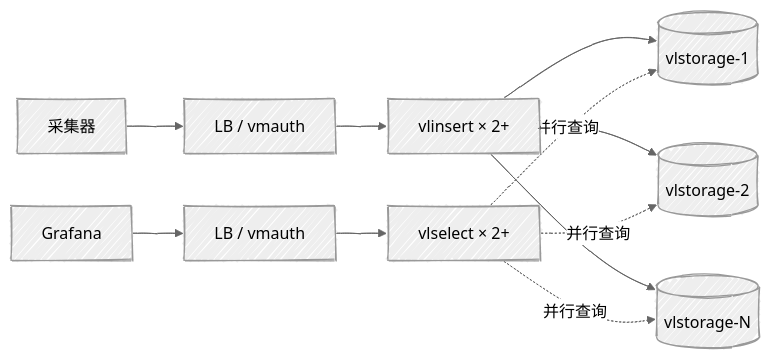
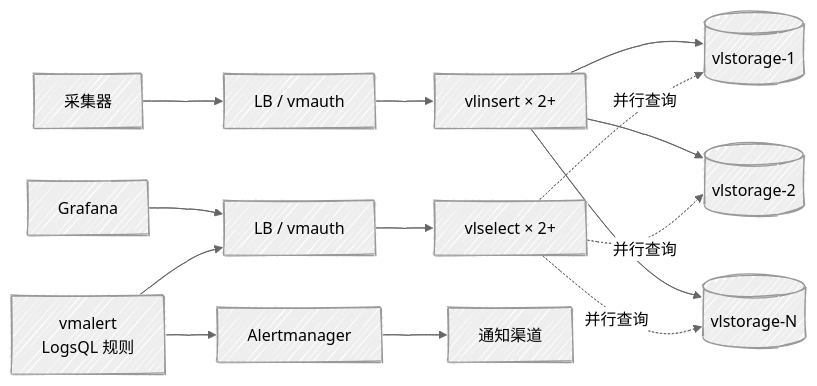
One commit to Xparkone/obsidian changed the fourth of 4 diagrams in 运维笔记/监控/日志平台方案设计：Loki-Promtail-Grafana与VictoriaLogs.md. Above: the diagram before and after it, drawn with Mermaid. The commit also changed other lines of this file, not shown here.

````diff
--- a/运维笔记/监控/日志平台方案设计：Loki-Promtail-Grafana与VictoriaLogs.md
+++ b/运维笔记/监控/日志平台方案设计：Loki-Promtail-Grafana与VictoriaLogs.md
@@ -325,13 +403,15 @@
 ```mermaid
 %%{init: {"look": "handDrawn", "theme": "neutral", "flowchart": {"curve": "basis"}}}%%
 flowchart LR
     collector["采集器"] --> writegw["LB / vmauth"] --> insert["vlinsert × 2+"]
     insert --> s1[("vlstorage-1")]
     insert --> s2[("vlstorage-2")]
     insert --> sn[("vlstorage-N")]
 
     grafana["Grafana"] --> querygw["LB / vmauth"] --> select["vlselect × 2+"]
     select -.->|"并行查询"| s1
     select -.->|"并行查询"| s2
     select -.->|"并行查询"| sn
+    vmalert["vmalert<br/>LogsQL 规则"] --> querygw
+    vmalert --> alertmanager["Alertmanager"] --> receiver["通知渠道"]
 ```
````
